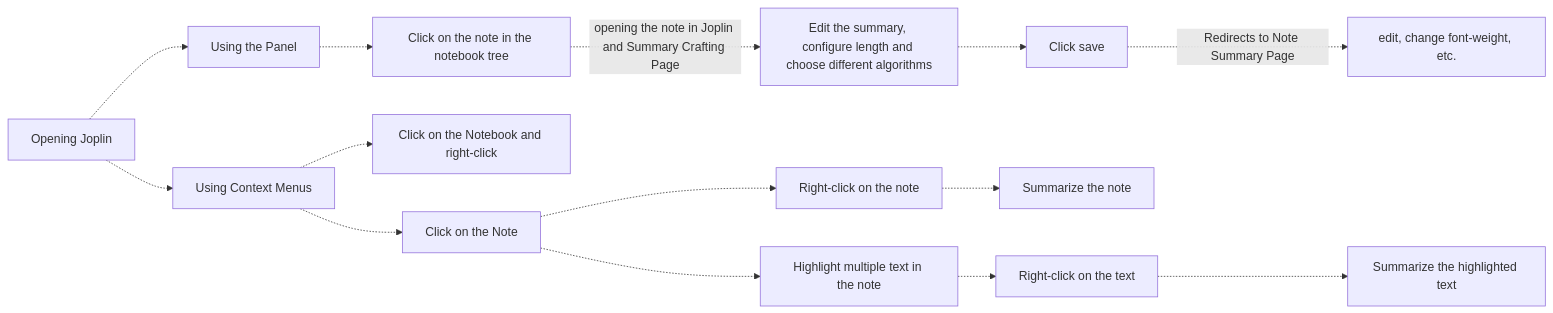
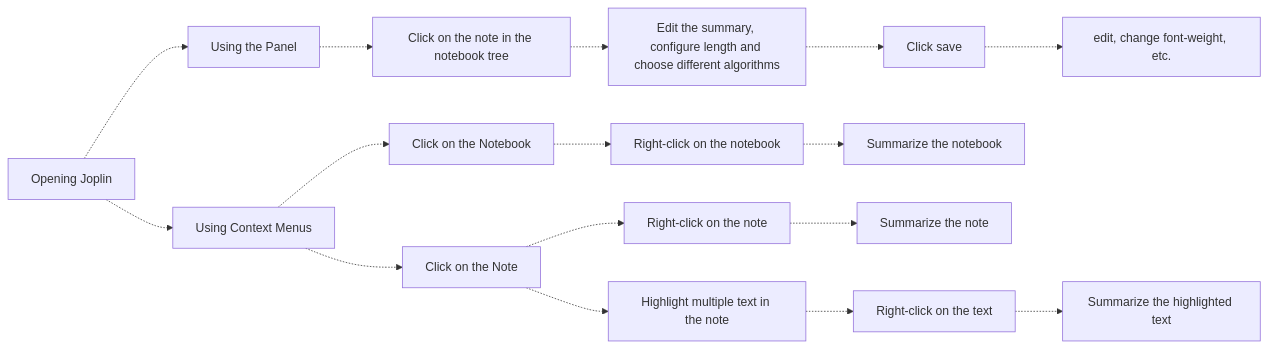
One commit to joplin/plugin-ai-summarisation changed the diagram in README.md. Above: the diagram before and after it, drawn with Mermaid. The commit also changed other lines of this file, not shown here.

````diff
--- a/README.md
+++ b/README.md
@@ -37,21 +37,18 @@
 ```mermaid
-
-
 flowchart LR
    A[Opening Joplin]-.-> B[Using the Panel]
    A[Opening Joplin]-.-> C[Using Context Menus]
-   C -.-> D[Click on the Notebook and right-click]
+   C -.-> D[Click on the Notebook]
    C -.-> E[Click on the Note]
    E -.-> F[Right-click on the note]
    E -.-> G[Highlight multiple text in the note]
    F -.-> H[Summarize the note]
    G -.-> I[Right-click on the text]
    I -.-> J[Summarize the highlighted text]
    B -.-> K[Click on the note in the notebook tree]
-   K -. opening the note in Joplin and Summary Crafting Page .-> L[Edit the summary, configure length and choose different algorithms]
+   K -.-> L[Edit the summary, configure length and choose different algorithms]
    L -.-> M[Click save]
-   M -. Redirects to Note Summary Page .-> N[edit, change font-weight, etc.]
-
-
-
+   M -.-> N[edit, change font-weight, etc.]
+   D -.-> O[Right-click on the notebook]
+   O -.-> P[Summarize the notebook]
 ```
````
